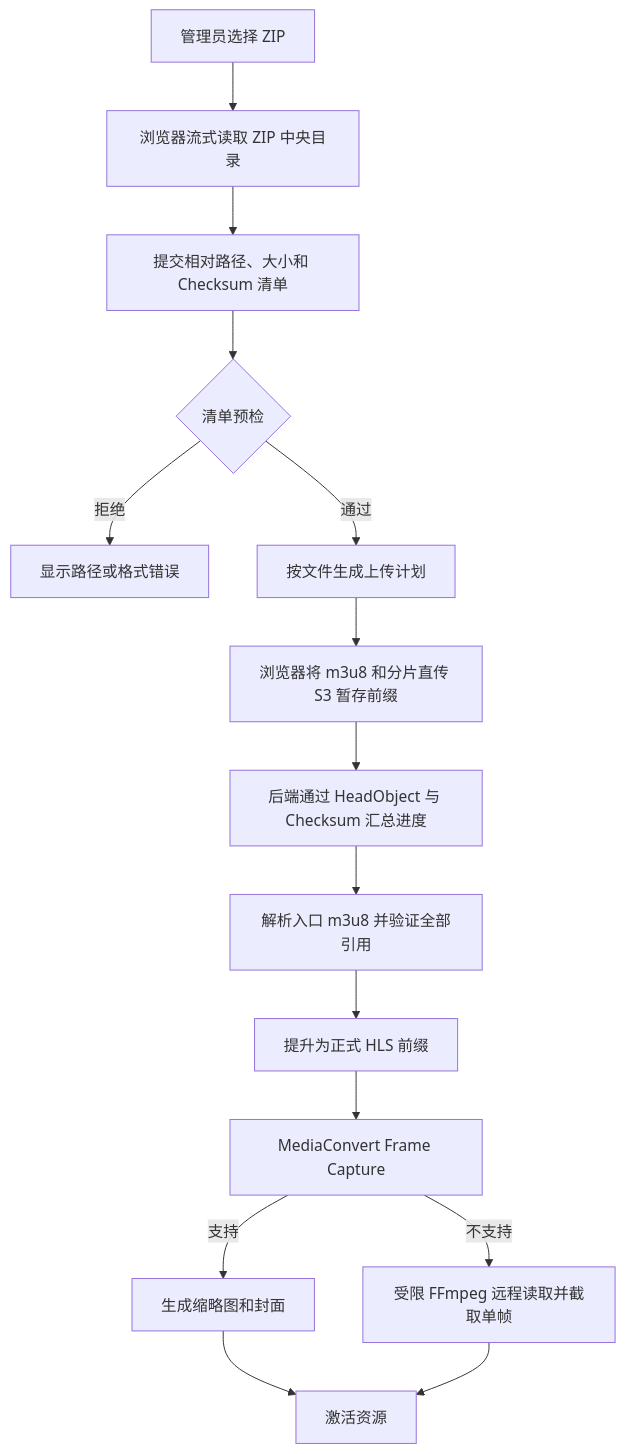
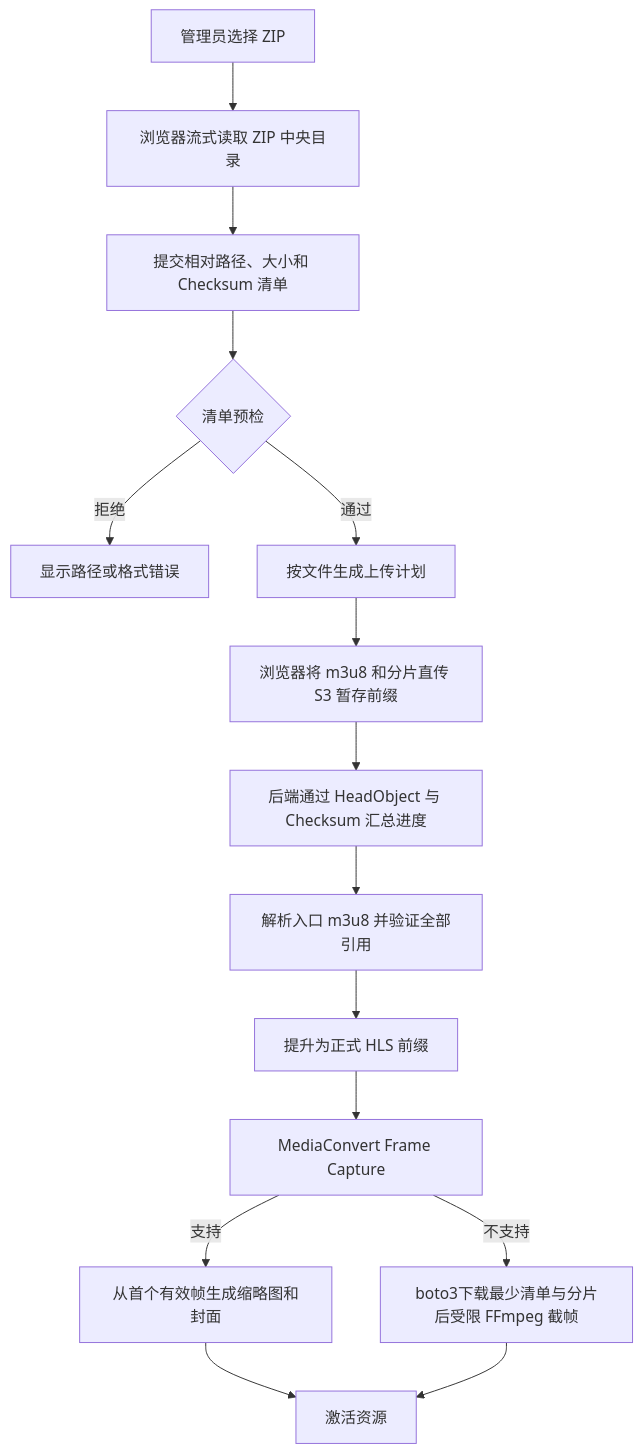
The eighth of 24 diagrams in docs/superpowers/specs/2026-08-01-aws-backend-integration-design.md (caoyjie/mediacms), drawn with Mermaid before and after one commit. The commit also changed other lines of this file, not shown here.

````diff
--- a/docs/superpowers/specs/2026-08-01-aws-backend-integration-design.md
+++ b/docs/superpowers/specs/2026-08-01-aws-backend-integration-design.md
@@ -304,17 +369,17 @@
 ```mermaid
 flowchart TD
     A[管理员选择 ZIP] --> B[浏览器流式读取 ZIP 中央目录]
     B --> C[提交相对路径、大小和 Checksum 清单]
     C --> D{清单预检}
     D -->|拒绝| X[显示路径或格式错误]
     D -->|通过| E[按文件生成上传计划]
     E --> F[浏览器将 m3u8 和分片直传 S3 暂存前缀]
     F --> G[后端通过 HeadObject 与 Checksum 汇总进度]
     G --> H[解析入口 m3u8 并验证全部引用]
     H --> I[提升为正式 HLS 前缀]
     I --> J[MediaConvert Frame Capture]
-    J -->|支持| K[生成缩略图和封面]
-    J -->|不支持| L[受限 FFmpeg 远程读取并截取单帧]
+    J -->|支持| K[从首个有效帧生成缩略图和封面]
+    J -->|不支持| L[boto3下载最少清单与分片后受限 FFmpeg 截帧]
     K --> M[激活资源]
     L --> M
 ```
````
